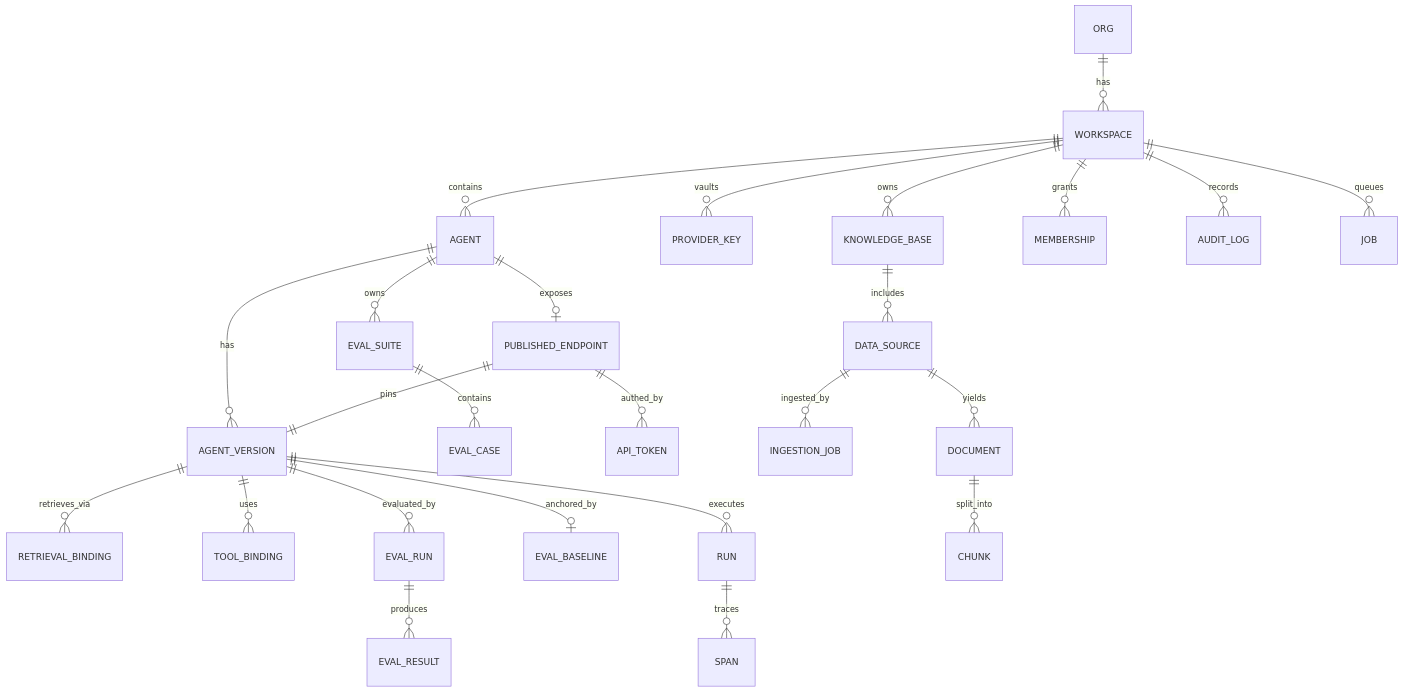
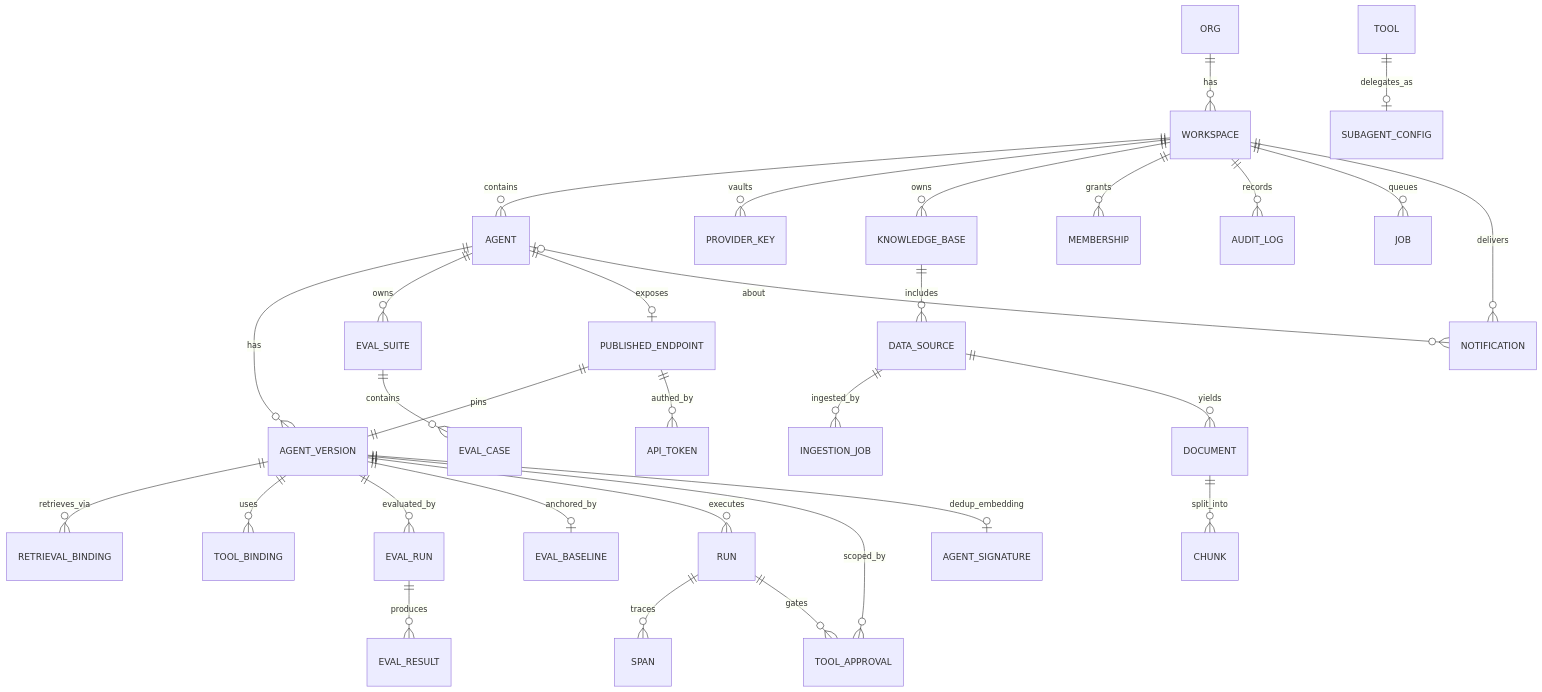
The diagram in docs/backend/01-data-model.md (gargraman/agent-catalyst), drawn with Mermaid before and after one commit. The commit also changed other lines of this file and 43 other files, not shown here.

First line of the commit message:
feat(tools,evals): MCP/tools flows + eval-gate fixes; backend design closeout

````diff
--- a/docs/backend/01-data-model.md
+++ b/docs/backend/01-data-model.md
@@ -21,27 +21,33 @@
 ```mermaid
 erDiagram
   ORG ||--o{ WORKSPACE : has
   WORKSPACE ||--o{ AGENT : contains
   WORKSPACE ||--o{ PROVIDER_KEY : vaults
   WORKSPACE ||--o{ KNOWLEDGE_BASE : owns
   WORKSPACE ||--o{ MEMBERSHIP : grants
   AGENT ||--o{ AGENT_VERSION : has
   AGENT_VERSION ||--o{ RETRIEVAL_BINDING : retrieves_via
   AGENT_VERSION ||--o{ TOOL_BINDING : uses
+  TOOL ||--o| SUBAGENT_CONFIG : delegates_as
   AGENT ||--o{ EVAL_SUITE : owns
   EVAL_SUITE ||--o{ EVAL_CASE : contains
   AGENT_VERSION ||--o{ EVAL_RUN : evaluated_by
   EVAL_RUN ||--o{ EVAL_RESULT : produces
   AGENT_VERSION ||--o| EVAL_BASELINE : anchored_by
   AGENT ||--o| PUBLISHED_ENDPOINT : exposes
   PUBLISHED_ENDPOINT ||--|| AGENT_VERSION : pins
   PUBLISHED_ENDPOINT ||--o{ API_TOKEN : authed_by
   AGENT_VERSION ||--o{ RUN : executes
   RUN ||--o{ SPAN : traces
+  RUN ||--o{ TOOL_APPROVAL : gates
+  AGENT_VERSION ||--o{ TOOL_APPROVAL : scoped_by
   KNOWLEDGE_BASE ||--o{ DATA_SOURCE : includes
   DATA_SOURCE ||--o{ INGESTION_JOB : ingested_by
   DATA_SOURCE ||--o{ DOCUMENT : yields
   DOCUMENT ||--o{ CHUNK : split_into
   WORKSPACE ||--o{ AUDIT_LOG : records
   WORKSPACE ||--o{ JOB : queues
+  WORKSPACE ||--o{ NOTIFICATION : delivers
+  AGENT |o--o{ NOTIFICATION : about
+  AGENT_VERSION ||--o| AGENT_SIGNATURE : dedup_embedding
 ```
````
